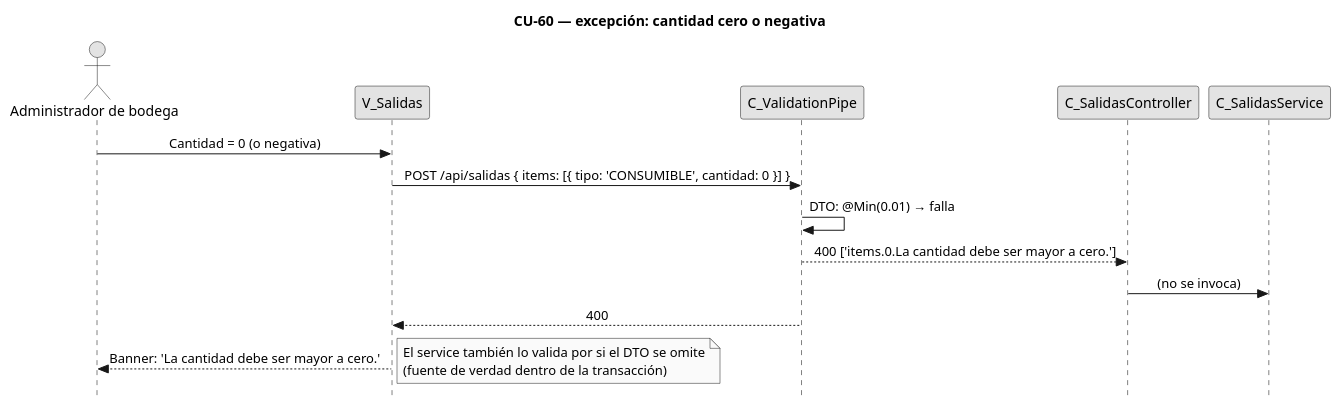
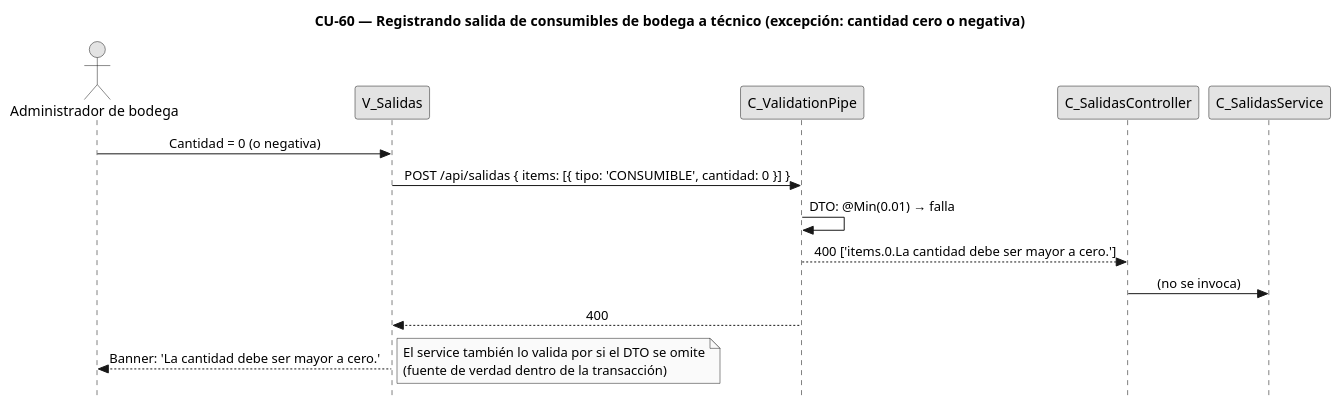
The diagram in diagramas/diagramas-secuencia/CU60/CU60-exc-cantidad-invalida.puml (FSM-Finet-y-Cable-Magico/Team_1-Inventario-y-Bodega), drawn with PlantUML before and after one commit. The commit also changed 23 other files, not shown here.

Commit message:
docs(diagramas): agrega el nombre oficial del CU a los títulos de CU-52/54/55/56/58/59/60/62/78/84 (formato incremento 1) y re-render

```diff
--- a/diagramas/diagramas-secuencia/CU60/CU60-exc-cantidad-invalida.puml
+++ b/diagramas/diagramas-secuencia/CU60/CU60-exc-cantidad-invalida.puml
@@ -1,37 +1,37 @@
 @startuml CU60-exc-cantidad-invalida
-title CU-60 — excepción: cantidad cero o negativa
+title CU-60 — Registrando salida de consumibles de bodega a técnico (excepción: cantidad cero o negativa)
 skinparam style strictuml
 skinparam monochrome true
 skinparam shadowing false
 skinparam sequenceMessageAlign center
 <style>
 sequenceDiagram {
   participant {
     margin 30
   }
   actor {
     margin 12
   }
 }
 </style>
 skinparam sequence {
   MessageAlign center
   LifeLineBorderColor black
 }
 hide footbox
 
 actor "Administrador de bodega" as user
 participant "V_Salidas" as view
 participant "C_ValidationPipe" as pipe
 participant "C_SalidasController" as ctrl
 participant "C_SalidasService" as svc
 
 user -> view : Cantidad = 0 (o negativa)
 view -> pipe : POST /api/salidas { items: [{ tipo: 'CONSUMIBLE', cantidad: 0 }] }
 pipe -> pipe : DTO: @Min(0.01) → falla
 pipe --> ctrl : 400 ['items.0.La cantidad debe ser mayor a cero.']
 ctrl -> svc : (no se invoca)
 pipe --> view : 400
 view --> user : Banner: 'La cantidad debe ser mayor a cero.'
 note right : El service también lo valida por si el DTO se omite\n(fuente de verdad dentro de la transacción)
 @enduml
```
